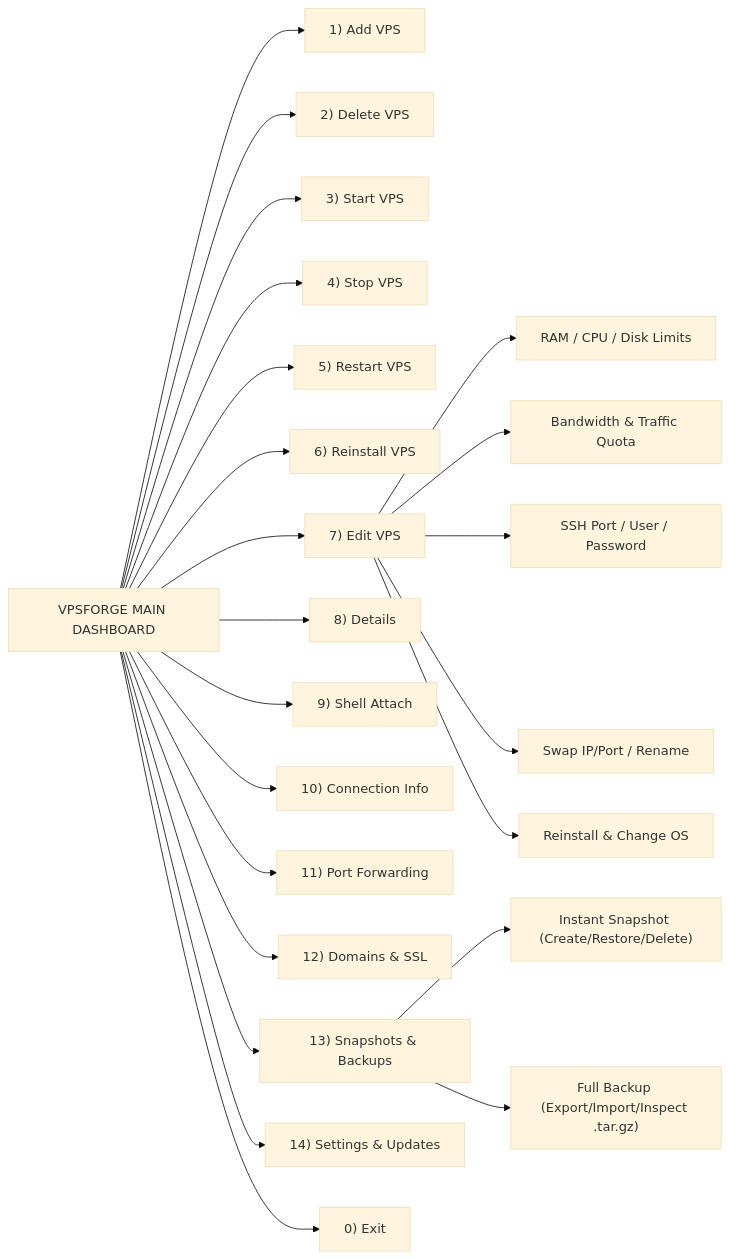
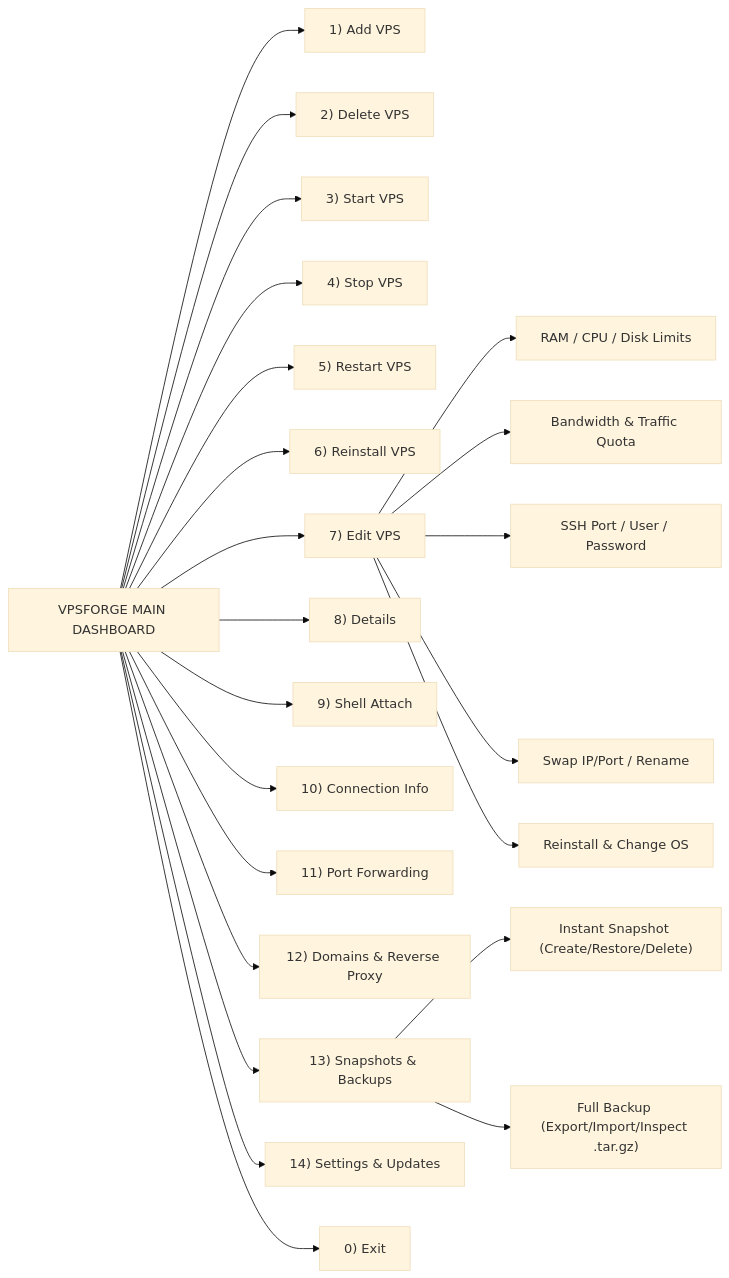
The fourth of 19 diagrams in README.md (ahmadElsharawy/VPSForge), drawn with Mermaid (base theme) before and after one commit. The commit also changed other lines of this file and 20 other files, not shown here.

````diff
--- a/README.md
+++ b/README.md
@@ -184,27 +185,27 @@
 ```mermaid
 graph LR
     Main["VPSFORGE MAIN DASHBOARD"] --> M1["1) Add VPS"]
     Main --> M2["2) Delete VPS"]
     Main --> M3["3) Start VPS"]
     Main --> M4["4) Stop VPS"]
     Main --> M5["5) Restart VPS"]
     Main --> M6["6) Reinstall VPS"]
     Main --> M7["7) Edit VPS"]
     Main --> M8["8) Details"]
     Main --> M9["9) Shell Attach"]
     Main --> M10["10) Connection Info"]
     Main --> M11["11) Port Forwarding"]
-    Main --> M12["12) Domains & SSL"]
+    Main --> M12["12) Domains & Reverse Proxy"]
     Main --> M13["13) Snapshots & Backups"]
     Main --> M14["14) Settings & Updates"]
     Main --> M15["0) Exit"]
 
     M7 --> E1["RAM / CPU / Disk Limits"]
     M7 --> E2["Bandwidth & Traffic Quota"]
     M7 --> E3["SSH Port / User / Password"]
     M7 --> E4["Swap IP/Port / Rename"]
     M7 --> E5["Reinstall & Change OS"]
 
     M13 --> S1["Instant Snapshot (Create/Restore/Delete)"]
     M13 --> S2["Full Backup (Export/Import/Inspect .tar.gz)"]
 ```
````
